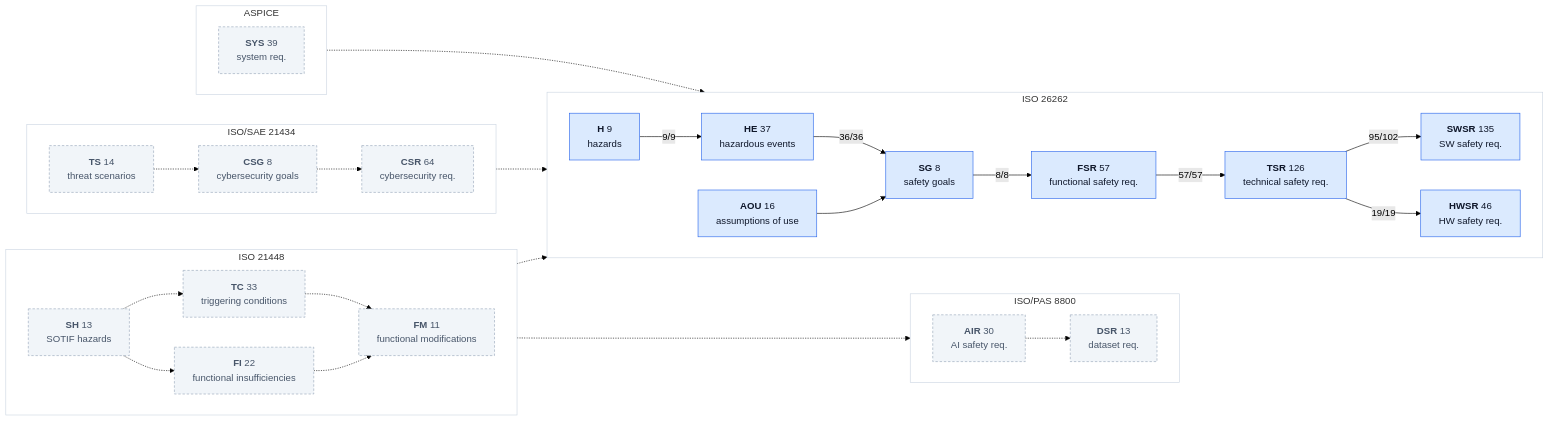
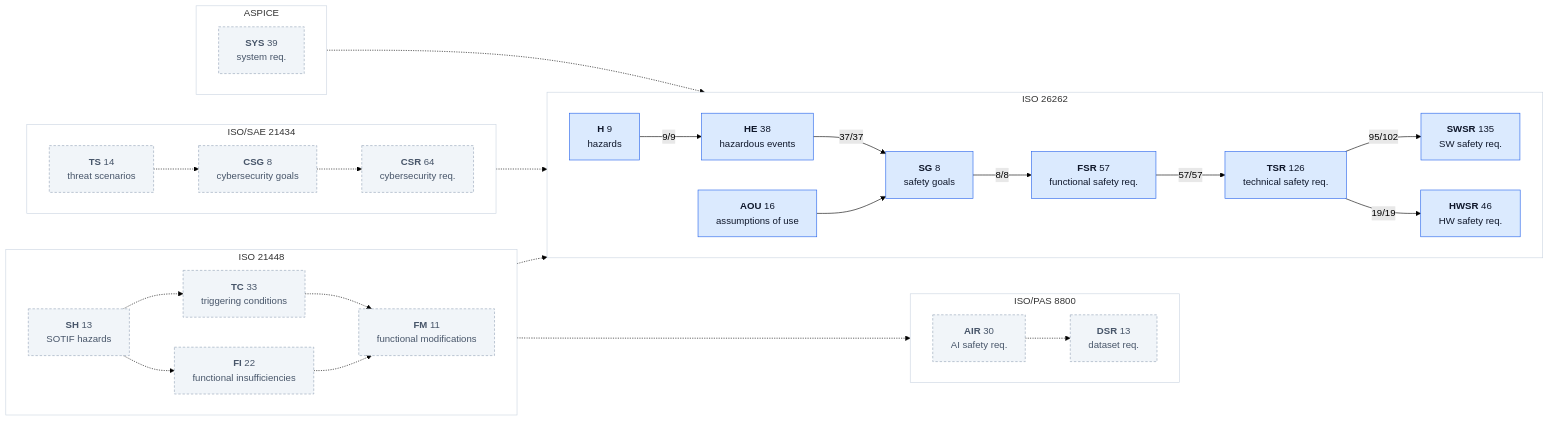
The second of 2 diagrams in assurance/trace/maps/aspice-trace-map.md (jherrodthomas/LionDriver), drawn with Mermaid (forest theme) before and after one commit. The commit also changed other lines of this file and 32 other files, not shown here.

````diff
--- a/assurance/trace/maps/aspice-trace-map.md
+++ b/assurance/trace/maps/aspice-trace-map.md
@@ -188,61 +188,61 @@
 ```mermaid
 flowchart LR
   subgraph ISO26262["ISO 26262"]
     direction LR
     kH["<b>H</b> 9<br/>hazards"]:::traced
-    kHE["<b>HE</b> 37<br/>hazardous events"]:::traced
+    kHE["<b>HE</b> 38<br/>hazardous events"]:::traced
     kSG["<b>SG</b> 8<br/>safety goals"]:::traced
     kFSR["<b>FSR</b> 57<br/>functional safety req."]:::traced
     kTSR["<b>TSR</b> 126<br/>technical safety req."]:::traced
     kSWSR["<b>SWSR</b> 135<br/>SW safety req."]:::traced
     kHWSR["<b>HWSR</b> 46<br/>HW safety req."]:::traced
     kAOU["<b>AOU</b> 16<br/>assumptions of use"]:::traced
   end
   style ISO26262 fill:#FFFFFF,stroke:#CBD5E1
   subgraph ISO21448["ISO 21448"]
     direction LR
     kSH["<b>SH</b> 13<br/>SOTIF hazards"]:::doc
     kTC["<b>TC</b> 33<br/>triggering conditions"]:::doc
     kFI["<b>FI</b> 22<br/>functional insufficiencies"]:::doc
     kFM["<b>FM</b> 11<br/>functional modifications"]:::doc
   end
   style ISO21448 fill:#FFFFFF,stroke:#CBD5E1
   subgraph ISOPAS8800["ISO/PAS 8800"]
     direction LR
     kAIR["<b>AIR</b> 30<br/>AI safety req."]:::doc
     kDSR["<b>DSR</b> 13<br/>dataset req."]:::doc
   end
   style ISOPAS8800 fill:#FFFFFF,stroke:#CBD5E1
   subgraph ISOSAE21434["ISO/SAE 21434"]
     direction LR
     kTS["<b>TS</b> 14<br/>threat scenarios"]:::doc
     kCSG["<b>CSG</b> 8<br/>cybersecurity goals"]:::doc
     kCSR["<b>CSR</b> 64<br/>cybersecurity req."]:::doc
   end
   style ISOSAE21434 fill:#FFFFFF,stroke:#CBD5E1
   subgraph ASPICE["ASPICE"]
     direction LR
     kSYS["<b>SYS</b> 39<br/>system req."]:::doc
   end
   style ASPICE fill:#FFFFFF,stroke:#CBD5E1
   kH -->|"9/9"| kHE
-  kHE -->|"36/36"| kSG
+  kHE -->|"37/37"| kSG
   kSG -->|"8/8"| kFSR
   kFSR -->|"57/57"| kTSR
   kTSR -->|"95/102"| kSWSR
   kTSR -->|"19/19"| kHWSR
   kAOU --> kSG
   kSH -.-> kTC
   kSH -.-> kFI
   kTC -.-> kFM
   kFI -.-> kFM
   kSH -.-> kHE
   kFI -.-> kAIR
   kAIR -.-> kDSR
   kTS -.-> kCSG
   kCSG -.-> kCSR
   kCSG -.-> kSG
   kSYS -.-> kTSR
   classDef traced fill:#DBEAFE,stroke:#2563EB,color:#0F172A
   classDef doc fill:#F1F5F9,stroke:#94A3B8,stroke-dasharray:4 3,color:#475569
 ```
````
